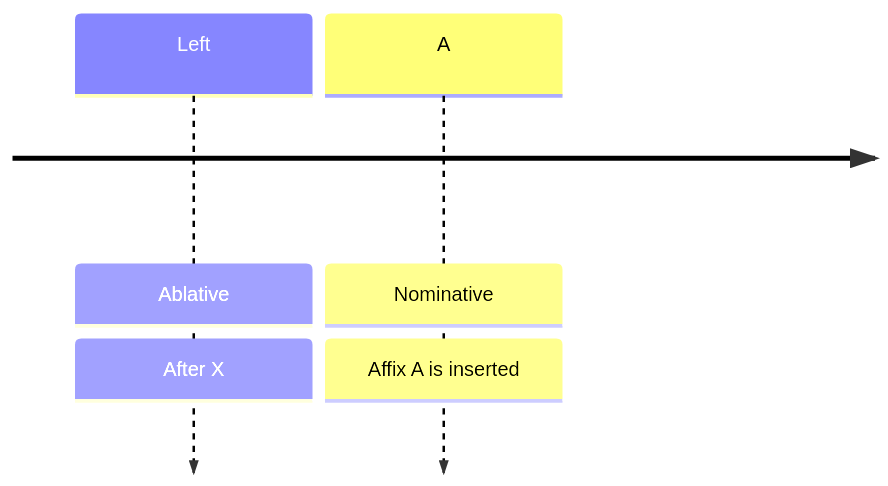
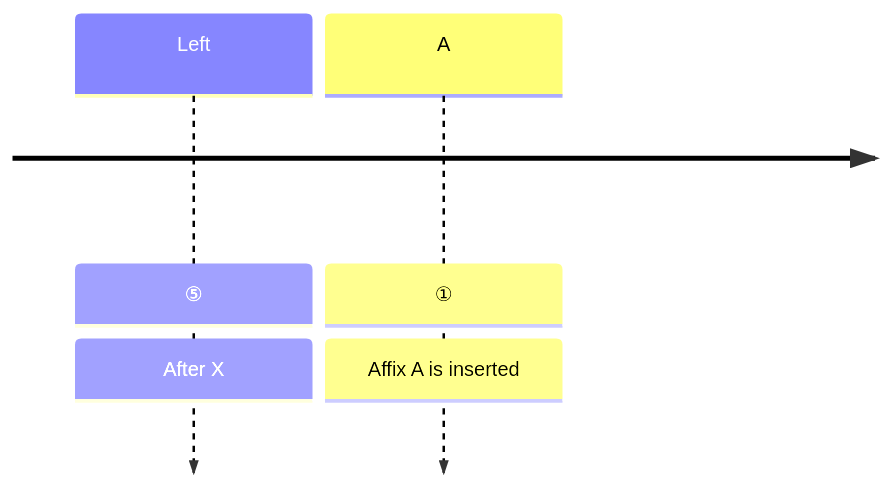
The fourth of 11 diagrams in src/content/docs/Pali Textbook/m-kaccayana.md (ChristineTham/buddhavacana), drawn with Mermaid before and after one commit. The commit also changed other lines of this file and 52 other files, not shown here.

````diff
--- a/src/content/docs/Pali Textbook/m-kaccayana.md
+++ b/src/content/docs/Pali Textbook/m-kaccayana.md
@@ -147,7 +147,7 @@
 ```mermaid
 timeline
-  Left : Ablative
+  Left : ⑤
     : After X
-  A : Nominative
+  A : ①
     : Affix A is inserted
 ```
````
